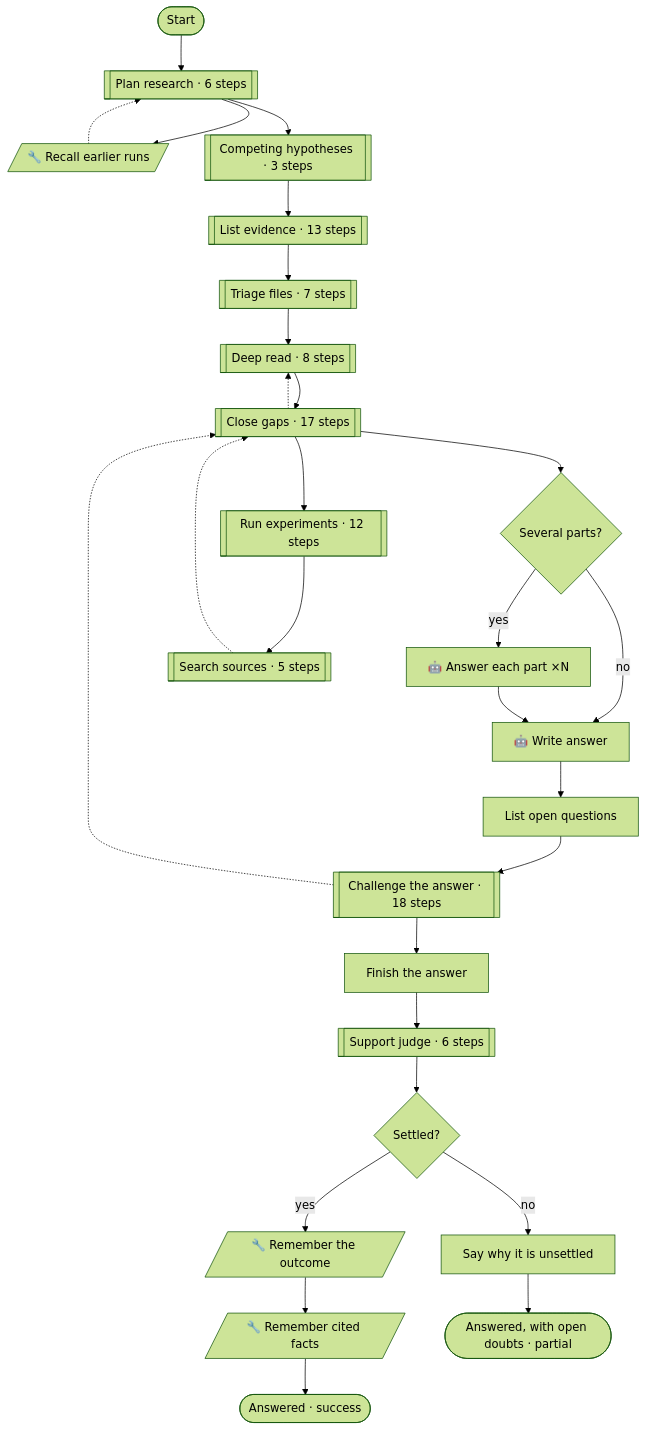
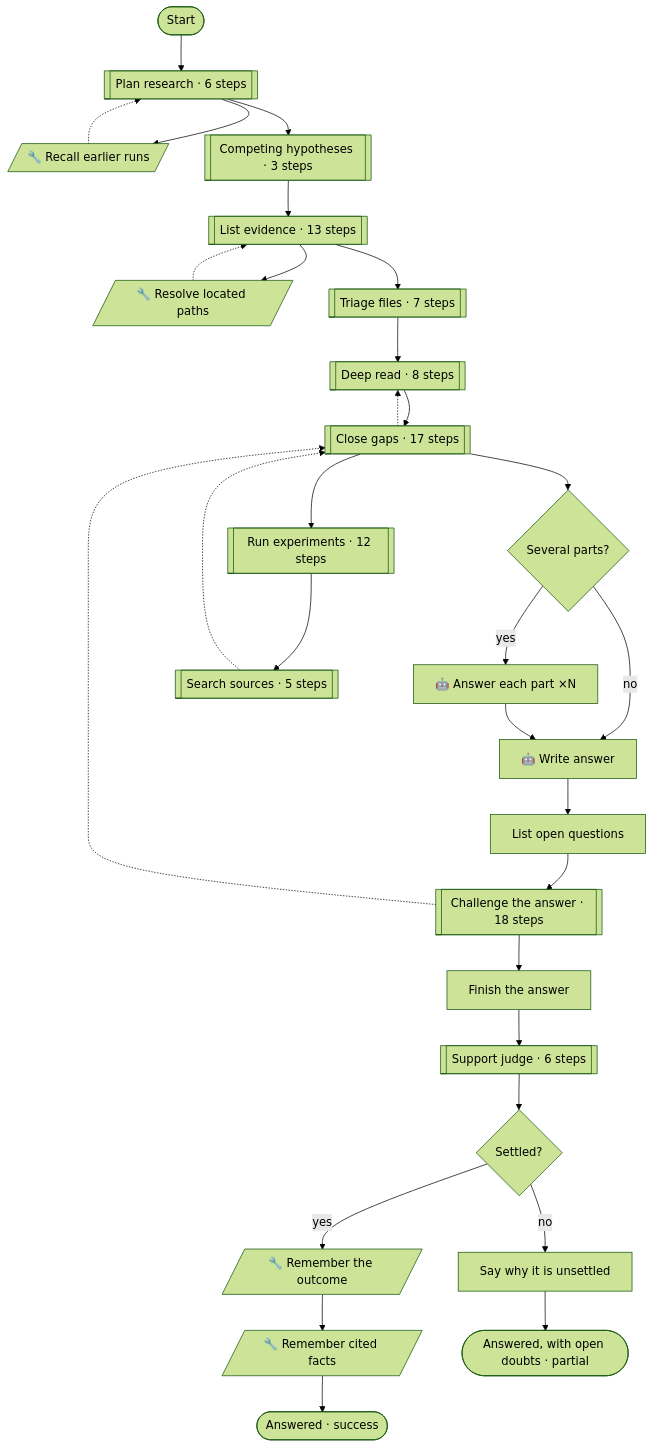
Before and after one commit to pirty6/symphony-core: the first of 7 diagrams in docs/patterns.md, drawn with Mermaid (forest theme). The commit also changed 2 other files, not shown here.

Commit message:
investigate: Locate is resolved by the engine, never sent back over paths, the cap or reasons
The AI is told an entry that names no file is dropped; the report lists it.

````diff
--- a/docs/patterns.md
+++ b/docs/patterns.md
@@ -95,53 +95,56 @@
 ```mermaid
 flowchart TD
   n_start(["Start"])
   n_recall[/"🔧 Recall earlier runs"/]
+  n_resolveScope[/"🔧 Resolve located paths"/]
   n_multiPart{"Several parts?"}
   n_answerParts["🤖 Answer each part ×N"]
   n_answer["🤖 Write answer"]
   n_listOpen["List open questions"]
   n_attachParts["Finish the answer"]
   n_settled{"Settled?"}
   n_noteDoubts["Say why it is unsettled"]
   n_learnAnswer[/"🔧 Remember the outcome"/]
   n_rememberCited[/"🔧 Remember cited facts"/]
   n_done(["Answered · success"])
   n_doubts(["Answered, with open doubts · partial"])
   n_planPhase[["Plan research · 6 steps"]]
   n_hypothesesPhase[["Competing hypotheses · 3 steps"]]
   n_listPhase[["List evidence · 13 steps"]]
   n_triagePhase[["Triage files · 7 steps"]]
   n_deepPhase[["Deep read · 8 steps"]]
   n_experimentPhase[["Run experiments · 12 steps"]]
   n_sourcePhase[["Search sources · 5 steps"]]
   n_gapPhase[["Close gaps · 17 steps"]]
   n_challengePhase[["Challenge the answer · 18 steps"]]
   n_judgePhase[["Support judge · 6 steps"]]
   n_start --> n_planPhase
   n_planPhase --> n_recall
   n_recall -.-> n_planPhase
   n_planPhase --> n_hypothesesPhase
   n_hypothesesPhase --> n_listPhase
+  n_listPhase --> n_resolveScope
+  n_resolveScope -.-> n_listPhase
   n_listPhase --> n_triagePhase
   n_triagePhase --> n_deepPhase
   n_deepPhase --> n_gapPhase
   n_gapPhase --> n_experimentPhase
   n_experimentPhase --> n_sourcePhase
   n_sourcePhase -.-> n_gapPhase
   n_gapPhase -.-> n_deepPhase
   n_gapPhase --> n_multiPart
   n_multiPart -->|"yes"| n_answerParts
   n_multiPart -->|"no"| n_answer
   n_answerParts --> n_answer
   n_answer --> n_listOpen
   n_listOpen --> n_challengePhase
   n_challengePhase --> n_attachParts
   n_challengePhase -.-> n_gapPhase
   n_attachParts --> n_judgePhase
   n_judgePhase --> n_settled
   n_settled -->|"yes"| n_learnAnswer
   n_settled -->|"no"| n_noteDoubts
   n_learnAnswer --> n_rememberCited
   n_rememberCited --> n_done
   n_noteDoubts --> n_doubts
 ```
````
